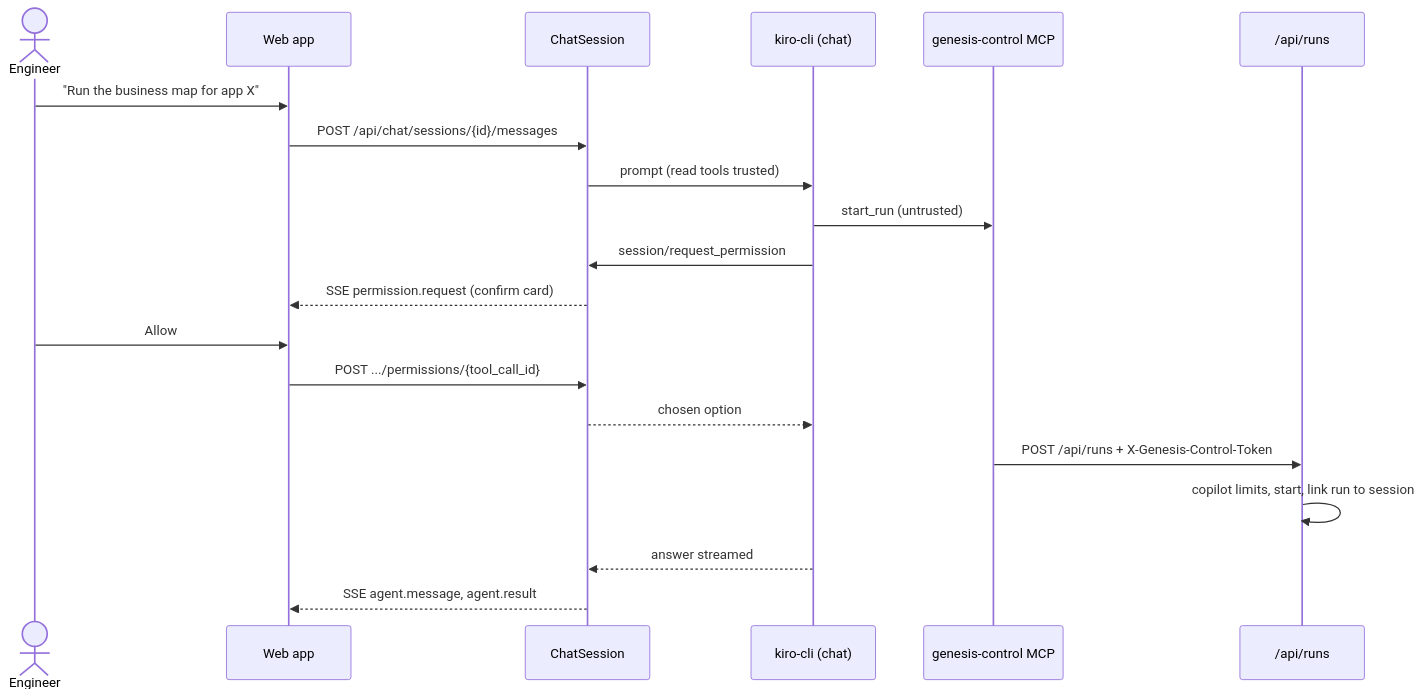
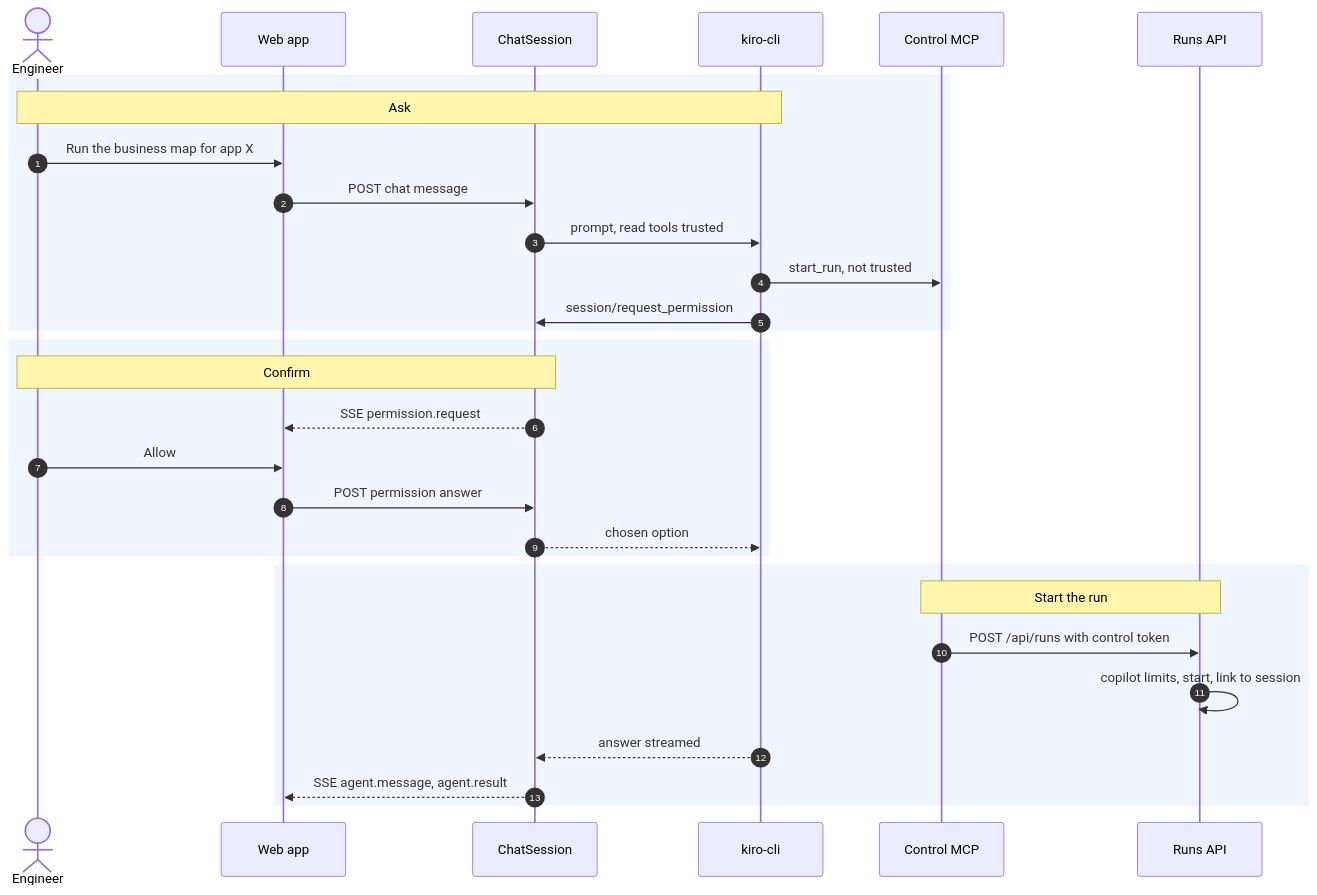
Before and after one commit to ram-020998/project-tracker: the second of 6 diagrams in genesis/architecture/07-runtime-view.md, drawn with Mermaid. The commit also changed other lines of this file and 24 other files, not shown here.

First line of the commit message:
architecture: rewrite all 86 Mermaid diagrams to one C4 style, each render-checked

````diff
--- a/genesis/architecture/07-runtime-view.md
+++ b/genesis/architecture/07-runtime-view.md
@@ -74,22 +87,32 @@
 ```mermaid
 sequenceDiagram
+    autonumber
     actor U as Engineer
     participant W as Web app
     participant S as ChatSession
-    participant C as kiro-cli (chat)
-    participant M as genesis-control MCP
-    participant A as /api/runs
-    U->>W: "Run the business map for app X"
-    W->>S: POST /api/chat/sessions/{id}/messages
-    S->>C: prompt (read tools trusted)
-    C->>M: start_run (untrusted)
+    participant C as kiro-cli
+    participant M as Control MCP
+    participant A as Runs API
+    rect rgb(240, 246, 255)
+    Note over U,C: Ask
+    U->>W: Run the business map for app X
+    W->>S: POST chat message
+    S->>C: prompt, read tools trusted
+    C->>M: start_run, not trusted
     C->>S: session/request_permission
-    S-->>W: SSE permission.request (confirm card)
+    end
+    rect rgb(240, 246, 255)
+    Note over U,S: Confirm
+    S-->>W: SSE permission.request
     U->>W: Allow
-    W->>S: POST .../permissions/{tool_call_id}
+    W->>S: POST permission answer
     S-->>C: chosen option
-    M->>A: POST /api/runs + X-Genesis-Control-Token
-    A->>A: copilot limits, start, link run to session
+    end
+    rect rgb(240, 246, 255)
+    Note over M,A: Start the run
+    M->>A: POST /api/runs with control token
+    A->>A: copilot limits, start, link to session
     C-->>S: answer streamed
     S-->>W: SSE agent.message, agent.result
+    end
 ```
````
